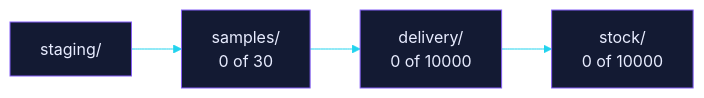
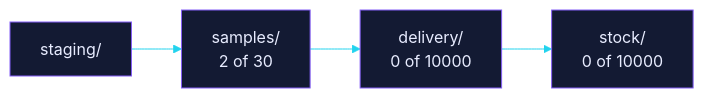
One commit to EtharaOrion/aello-samples changed the second of 2 diagrams in README.md. Above: the diagram before and after it, drawn with Mermaid. The commit also changed other lines of this file and 8127 other files, not shown here.

````diff
--- a/README.md
+++ b/README.md
@@ -59,8 +71,8 @@
 ```mermaid
 %%{init: {"theme":"base","themeVariables":{"primaryColor":"#131a33","primaryTextColor":"#e8ecff","primaryBorderColor":"#845EF7","lineColor":"#22d3ee","fontFamily":"monospace"}}}%%
 flowchart LR
     staging["staging/"]
-    staging --> samples["samples/<br/>0 of 30"]
+    staging --> samples["samples/<br/>2 of 30"]
     samples --> delivery["delivery/<br/>0 of 10000"]
     delivery --> stock["stock/<br/>0 of 10000"]
 ```
````
